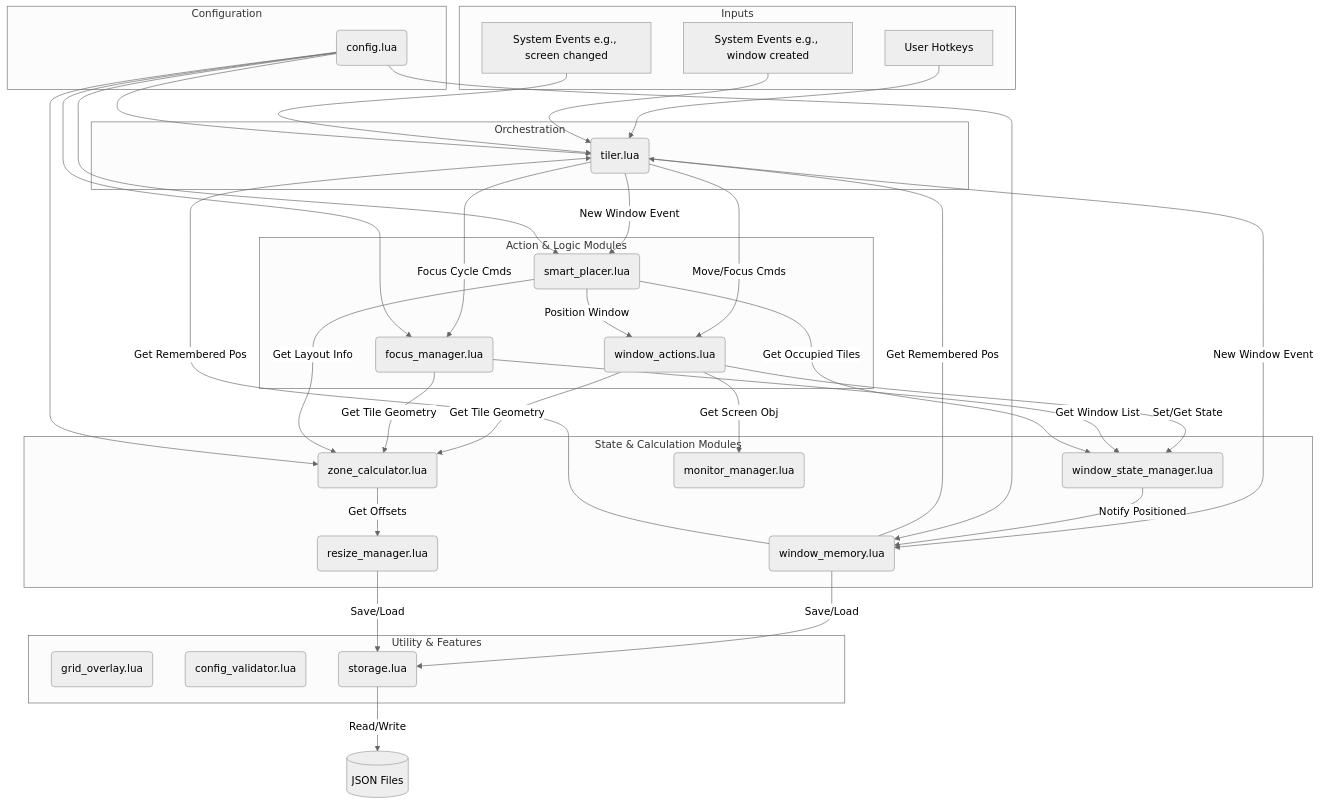
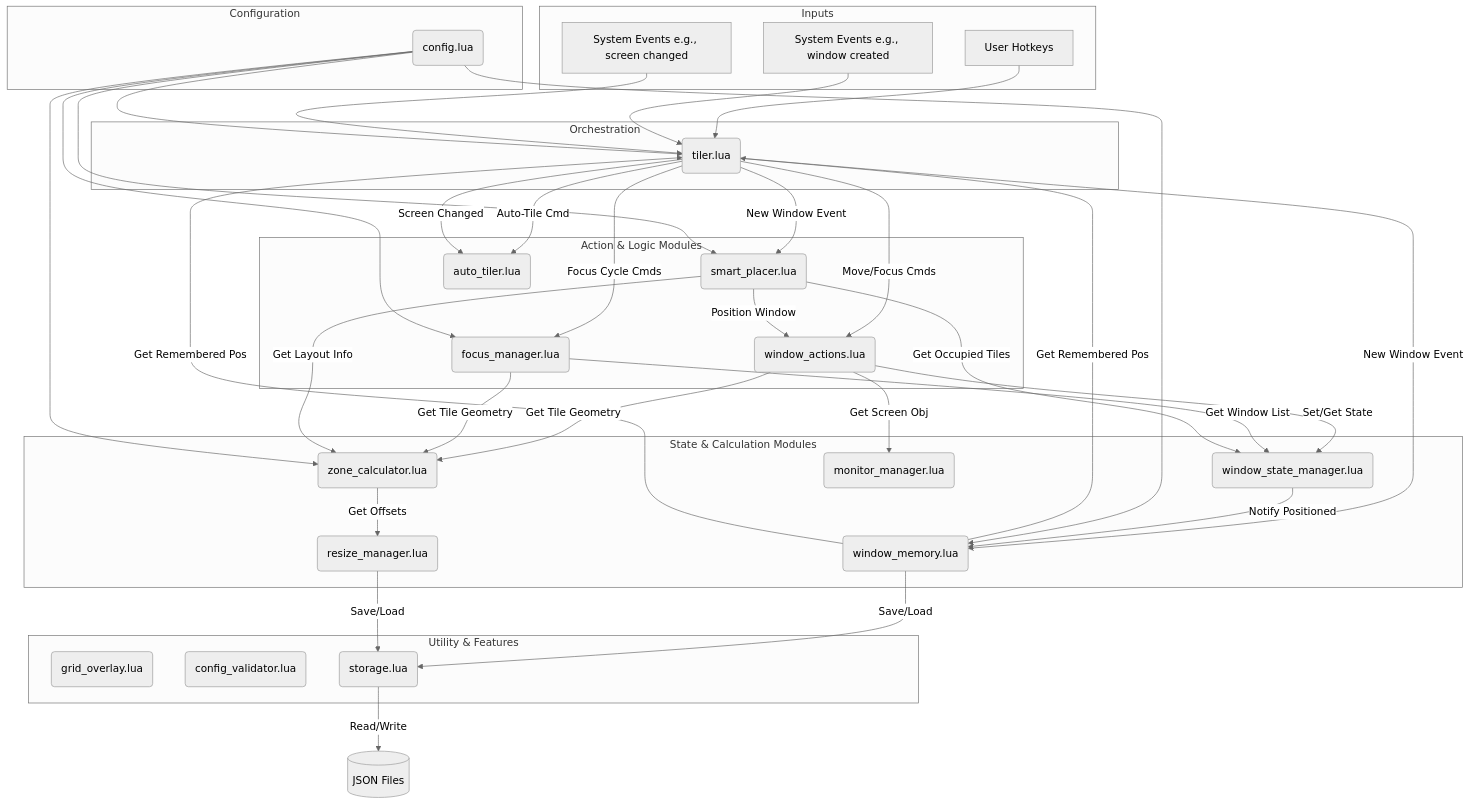
The diagram in docs/ARCHITECTURE.md (ztomer/ZoneTilerWM), drawn with Mermaid (neutral theme) before and after one commit. The commit also changed other lines of this file and 22 other files, not shown here.

Commit message:
Add Auto-tiler

````diff
--- a/docs/ARCHITECTURE.md
+++ b/docs/ARCHITECTURE.md
@@ -23,72 +23,75 @@
 ```mermaid
 graph TD
     subgraph "Inputs"
         A[User Hotkeys]
         B[System Events e.g., window created]
         C[System Events e.g., screen changed]
     end
 
     subgraph "Orchestration"
         Tiler("tiler.lua")
     end
 
     subgraph "Action & Logic Modules"
         WA("window_actions.lua")
         FM("focus_manager.lua")
         SP("smart_placer.lua")
+        AT("auto_tiler.lua")
     end
 
     subgraph "State & Calculation Modules"
         WSM("window_state_manager.lua")
         ZC("zone_calculator.lua")
         MM("monitor_manager.lua")
         WM("window_memory.lua")
         RM("resize_manager.lua")
     end
 
     subgraph "Utility & Features"
         GO("grid_overlay.lua")
         CV("config_validator.lua")
         ST("storage.lua")
     end
 
     subgraph "Configuration"
         CFG("config.lua")
     end
 
     A --> Tiler
     B --> Tiler
     C --> Tiler
 
     Tiler -->|Move/Focus Cmds| WA
     Tiler -->|Focus Cycle Cmds| FM
     Tiler -->|New Window Event| SP
     Tiler -->|New Window Event| WM
+    Tiler -->|Auto-Tile Cmd| AT
+    Tiler -->|Screen Changed| AT
 
     WA -->|Set/Get State| WSM
     WA -->|Get Tile Geometry| ZC
     WA -->|Get Screen Obj| MM
 
     ZC -->|Get Offsets| RM
 
     FM -->|Get Window List| WSM
     FM -->|Get Tile Geometry| ZC
 
     SP -->|Get Occupied Tiles| WSM
     SP -->|Get Layout Info| ZC
     SP -->|Position Window| WA
 
     WSM -->|Notify Positioned| WM
 
     WM -->|Get Remembered Pos| Tiler
     WM -->|Get Remembered Pos| Tiler
     WM -->|Save/Load| ST
     RM -->|Save/Load| ST
     ST -->|Read/Write| Disk[(JSON Files)]
 
     CFG --> Tiler
     CFG --> ZC
     CFG --> WM
     CFG --> FM
     CFG --> SP
 ```
````
